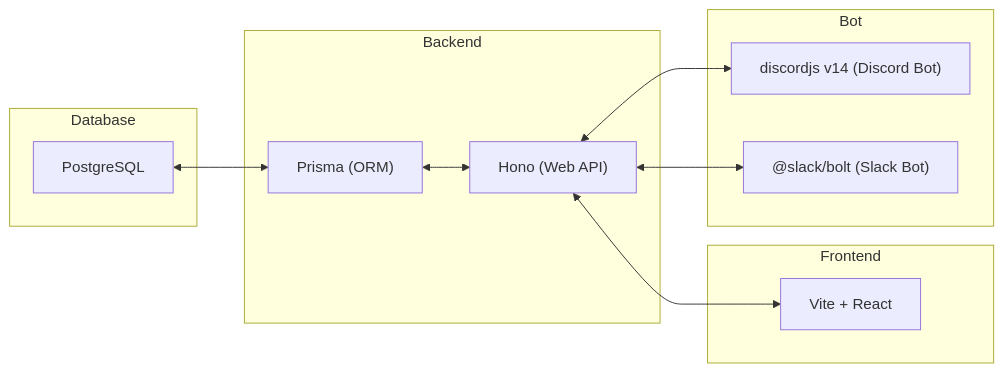
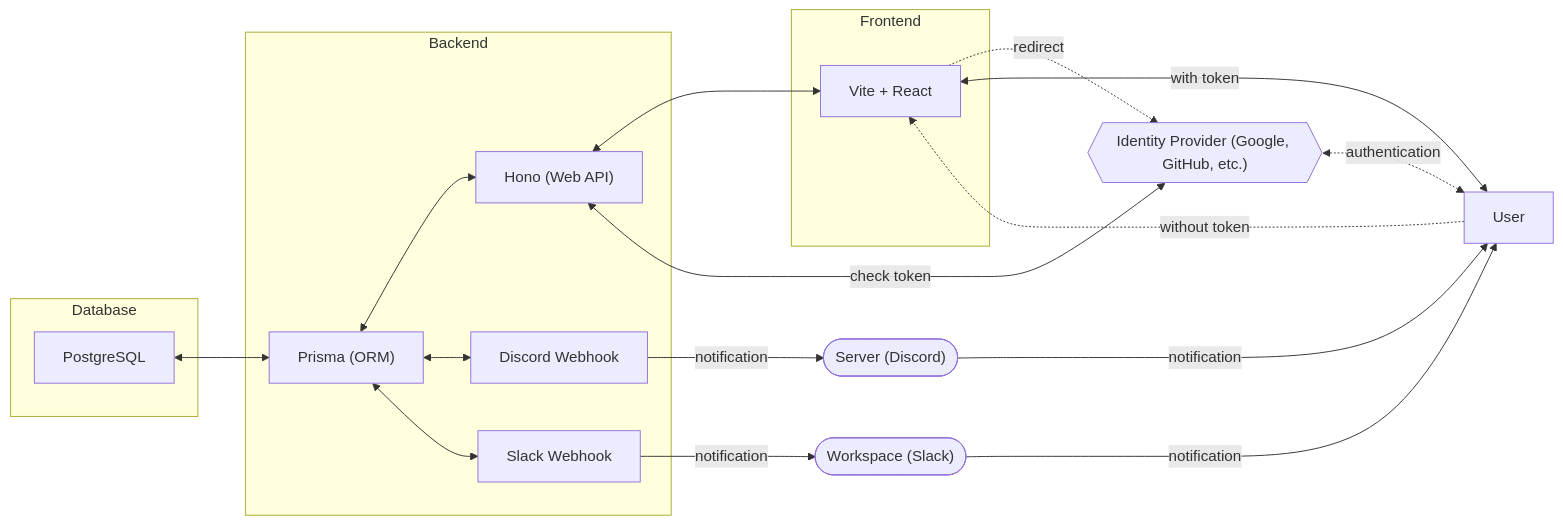
One commit to Myxogastria0808/debt-manager changed the first of 2 diagrams in README.md. Above: the diagram before and after it, drawn with Mermaid. The commit also changed other lines of this file and 43 other files, not shown here.

````diff
--- a/README.md
+++ b/README.md
@@ -52,20 +61,25 @@
 ```mermaid
 graph LR;
     subgraph Database
     db["PostgreSQL"]
     end
     db["PostgreSQL"] <--> prisma["Prisma (ORM)"]
     subgraph Backend
         prisma["Prisma (ORM)"] <--> hono["Hono (Web API)"]
+        prisma["Prisma (ORM)"] <--> discord["Discord Webhook"]
+        prisma["Prisma (ORM)"] <--> slack["Slack Webhook"]
     end
     hono["Hono (Web API)"] <--> frontend["Vite + React"]
     subgraph Frontend
         frontend["Vite + React"]
     end
-    hono["Hono (Web API)"] <--> discord["discordjs v14 (Discord Bot)"]
-    hono["Hono (Web API)"] <--> slack["@slack/bolt (Slack Bot)"]
-    subgraph Bot
-        discord["discordjs v14 (Discord Bot)"]
-        slack["@slack/bolt (Slack Bot)"]
-    end
+    idp{{"Identity Provider (Google, GitHub, etc.)"}} <-.authentication.-> user["User"]
+    idp{{"Identity Provider (Google, GitHub, etc.)"}} <--check token--> hono["Hono (Web API)"]
+    frontend["Vite + React"] -.redirect.-> idp{{"Identity Provider (Google, GitHub, etc.)"}}
+    user["User"] <--with token--> frontend["Vite + React"]
+    user["User"] -.without token.-> frontend["Vite + React"]
+    discord["Discord Webhook"] --notification--> server(["Server (Discord)"])
+    slack["Slack Webhook"] --notification--> workspace(["Workspace (Slack)"])
+    server(["Server (Discord)"]) --notification--> user["User"]
+    workspace(["Workspace (Slack)"]) --notification--> user["User"]
 ```
````
